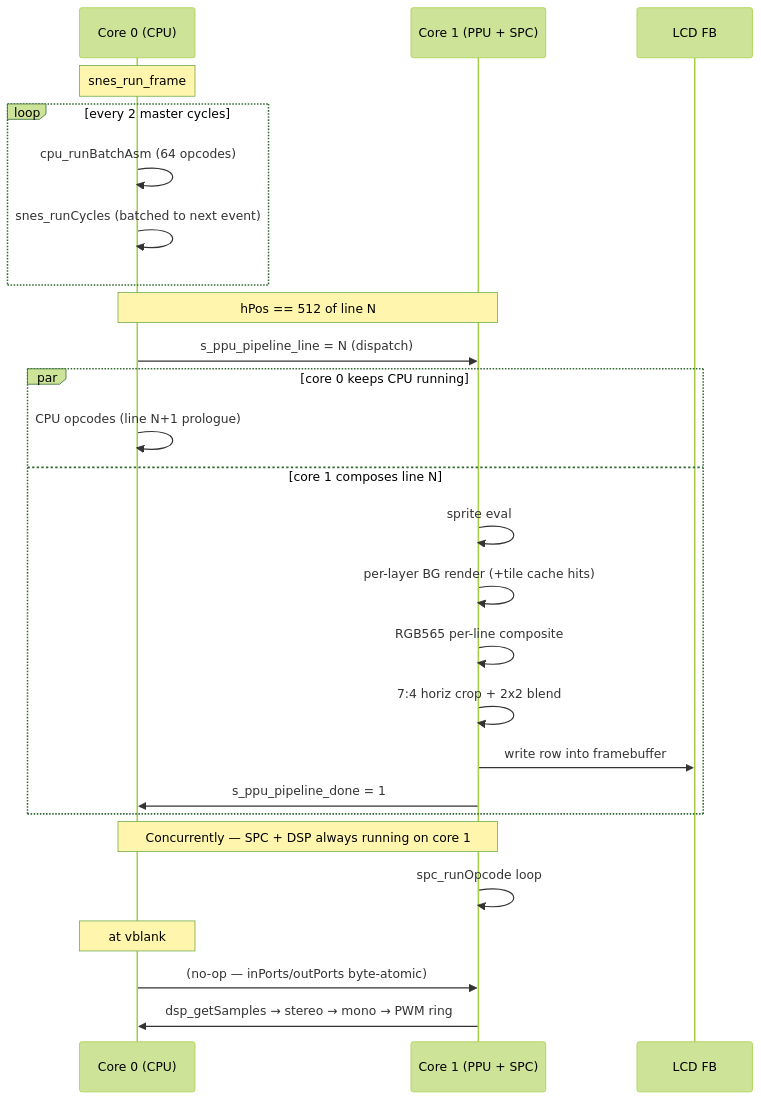
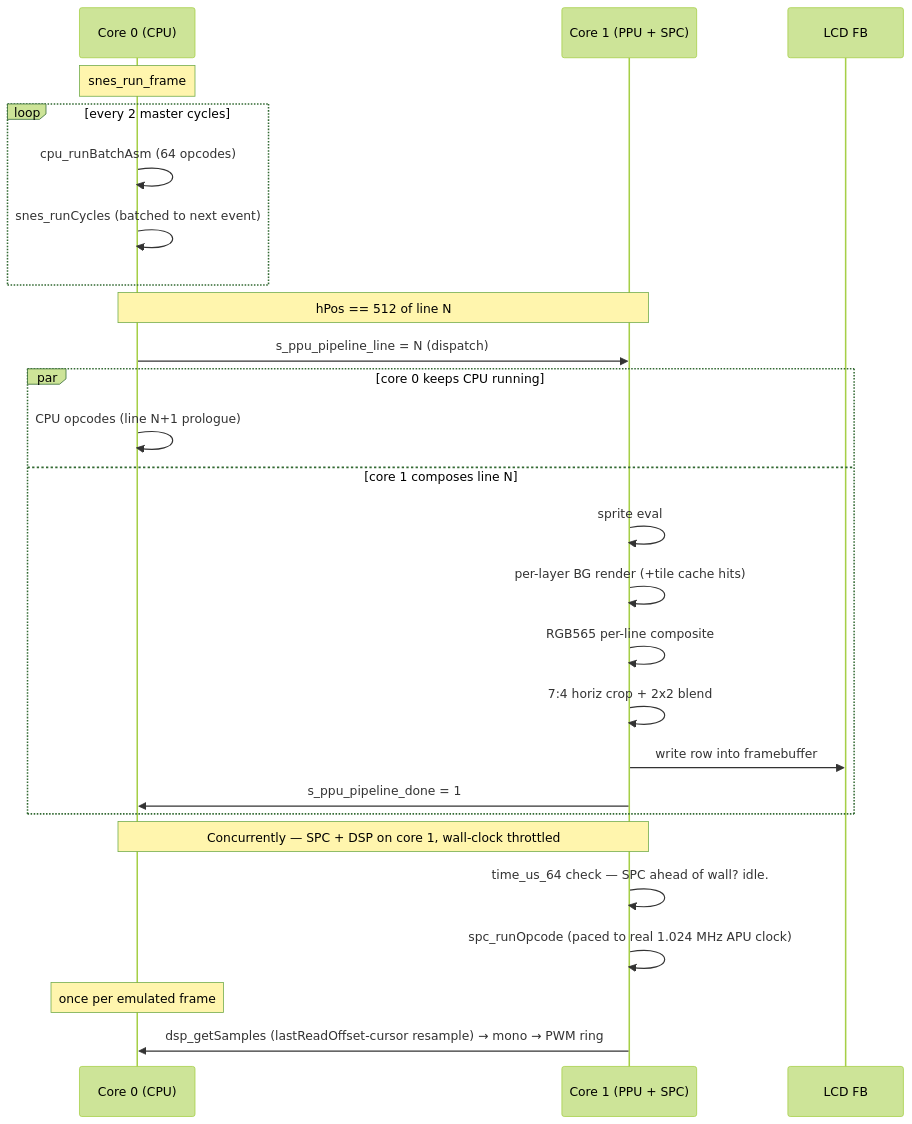
The second of 2 diagrams in README.md (austinio7116/ThumbySNES), drawn with Mermaid (forest theme) before and after one commit. The commit also changed other lines of this file and 2 other files, not shown here.

````diff
--- a/README.md
+++ b/README.md
@@ -136,30 +136,30 @@
 ```mermaid
 sequenceDiagram
   participant C0 as Core 0 (CPU)
   participant C1 as Core 1 (PPU + SPC)
   participant LCD as LCD FB
 
   Note over C0: snes_run_frame
   loop every 2 master cycles
     C0->>C0: cpu_runBatchAsm (64 opcodes)
     C0->>C0: snes_runCycles (batched to next event)
   end
   Note over C0,C1: hPos == 512 of line N
   C0->>C1: s_ppu_pipeline_line = N (dispatch)
   par core 0 keeps CPU running
     C0->>C0: CPU opcodes (line N+1 prologue)
   and core 1 composes line N
     C1->>C1: sprite eval
     C1->>C1: per-layer BG render (+tile cache hits)
     C1->>C1: RGB565 per-line composite
     C1->>C1: 7:4 horiz crop + 2x2 blend
     C1->>LCD: write row into framebuffer
     C1->>C0: s_ppu_pipeline_done = 1
   end
 
-  Note over C0,C1: Concurrently — SPC + DSP always running on core 1
-  C1->>C1: spc_runOpcode loop
-  Note over C0: at vblank
-  C0->>C1: (no-op — inPorts/outPorts byte-atomic)
-  C1->>C0: dsp_getSamples → stereo → mono → PWM ring
+  Note over C0,C1: Concurrently — SPC + DSP on core 1, wall-clock throttled
+  C1->>C1: time_us_64 check — SPC ahead of wall? idle.
+  C1->>C1: spc_runOpcode (paced to real 1.024 MHz APU clock)
+  Note over C0: once per emulated frame
+  C1->>C0: dsp_getSamples (lastReadOffset-cursor resample) → mono → PWM ring
 ```
````
